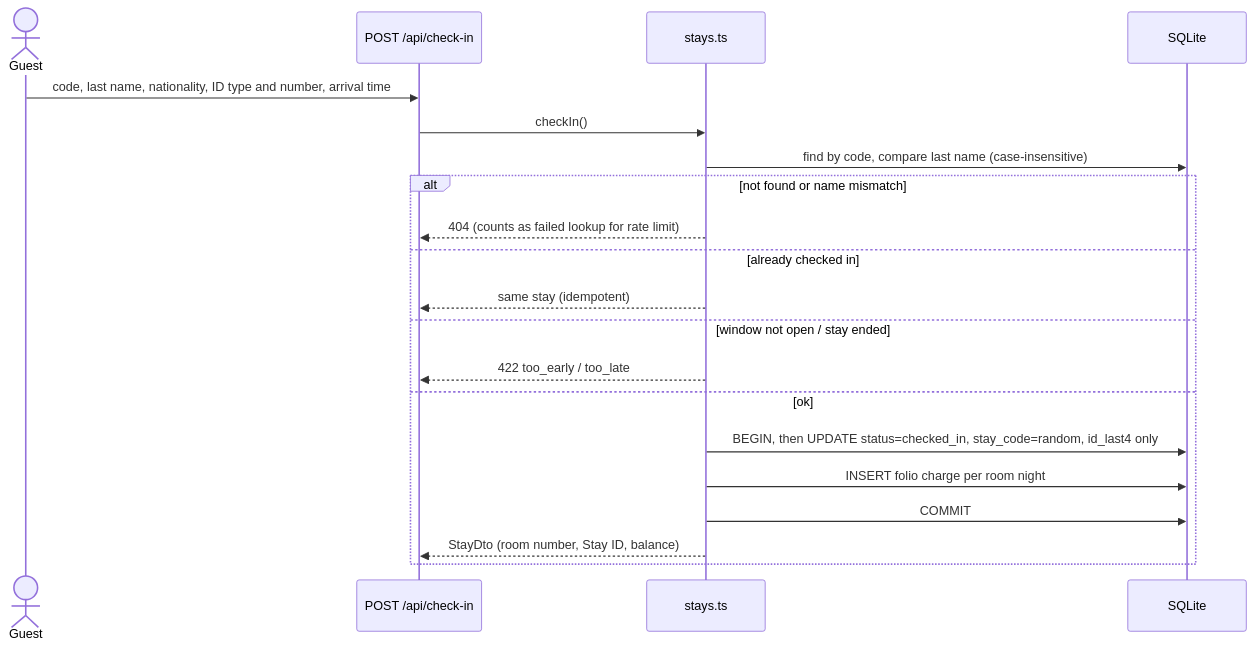
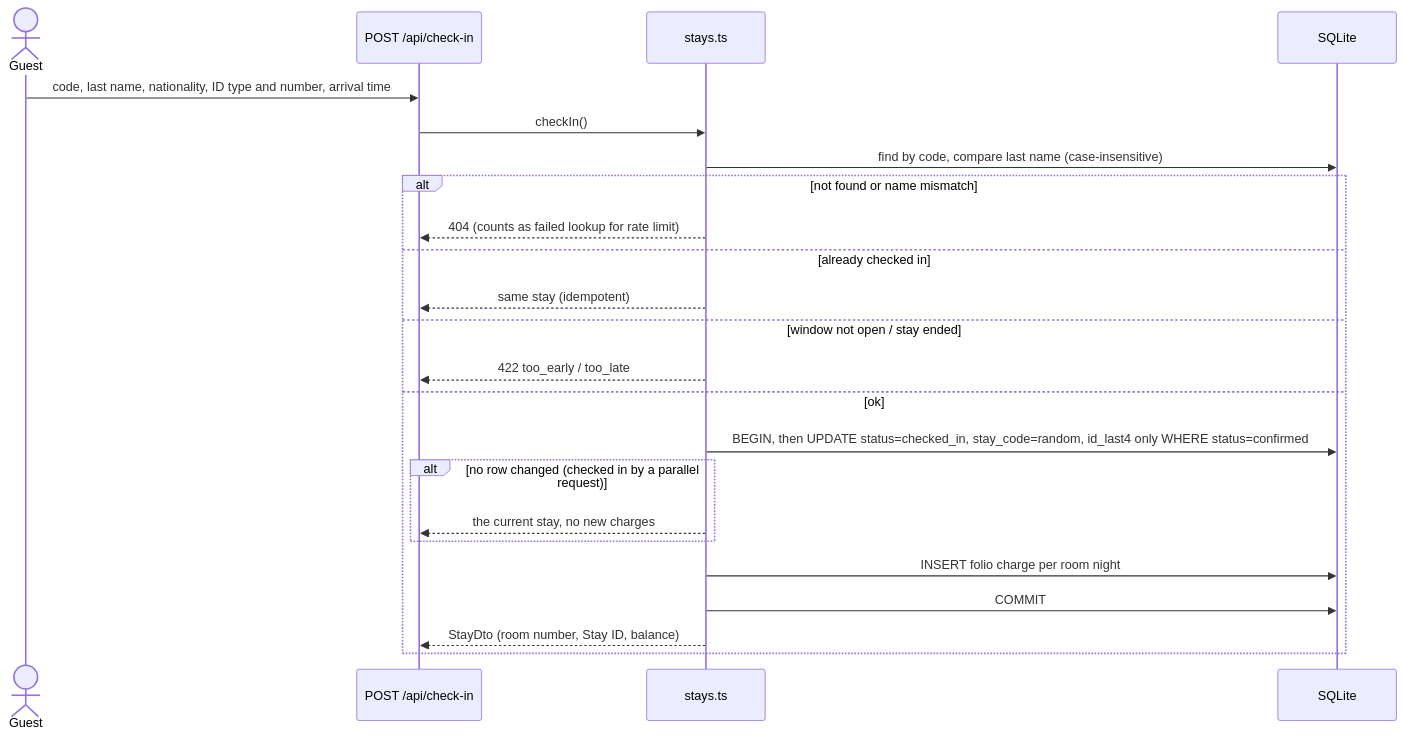
One commit to pRiMeXoMeGa/white-label-hms changed the fourth of 7 diagrams in docs/02-low-level-design.md. Above: the diagram before and after it, drawn with Mermaid. The commit also changed other lines of this file and 78 other files, not shown here.

````diff
--- a/docs/02-low-level-design.md
+++ b/docs/02-low-level-design.md
@@ -162,22 +164,25 @@
 ```mermaid
 sequenceDiagram
   actor G as Guest
   participant API as POST /api/check-in
   participant S as stays.ts
   participant DB as SQLite
   G->>API: code, last name, nationality, ID type and number, arrival time
   API->>S: checkIn()
   S->>DB: find by code, compare last name (case-insensitive)
   alt not found or name mismatch
     S-->>API: 404 (counts as failed lookup for rate limit)
   else already checked in
     S-->>API: same stay (idempotent)
   else window not open / stay ended
     S-->>API: 422 too_early / too_late
   else ok
-    S->>DB: BEGIN, then UPDATE status=checked_in, stay_code=random, id_last4 only
+    S->>DB: BEGIN, then UPDATE status=checked_in, stay_code=random, id_last4 only WHERE status=confirmed
+    alt no row changed (checked in by a parallel request)
+      S-->>API: the current stay, no new charges
+    end
     S->>DB: INSERT folio charge per room night
     S->>DB: COMMIT
     S-->>API: StayDto (room number, Stay ID, balance)
   end
 ```
````
